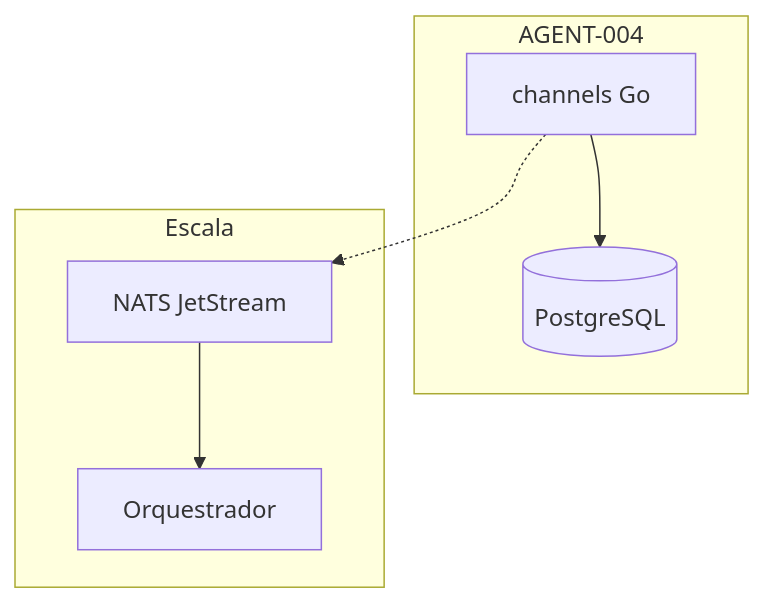
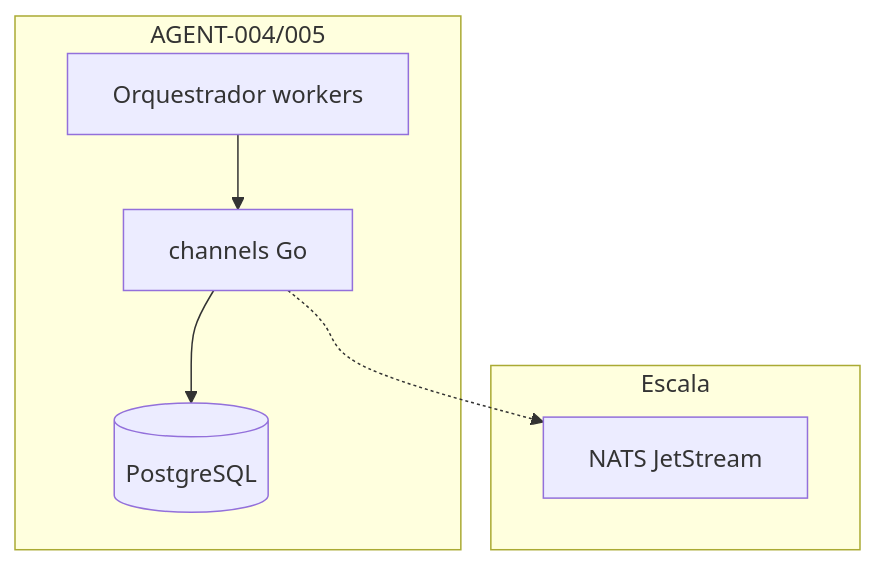
The fourth of 4 diagrams in docs/roadmap/01-architecture/event-bus.md (titi-byte-dev/Bunker8888Pass8888), drawn with Mermaid before and after one commit. The commit also changed other lines of this file and 11 other files, not shown here.

Commit message:
AGENT-005b: wiring orquestrador + API status + docs + UI sugestões

````diff
--- a/docs/roadmap/01-architecture/event-bus.md
+++ b/docs/roadmap/01-architecture/event-bus.md
@@ -61,14 +65,14 @@
 ```mermaid
 flowchart TB
-    subgraph Hoje["AGENT-004"]
+    subgraph Hoje["AGENT-004/005"]
         CH[channels Go]
         PG[(PostgreSQL)]
+        ORQ[Orquestrador workers]
     end
     subgraph Futuro["Escala"]
         NATS[NATS JetStream]
-        ORQ[Orquestrador]
     end
     CH --> PG
+    ORQ --> CH
     CH -.-> NATS
-    NATS --> ORQ
 ```
````
